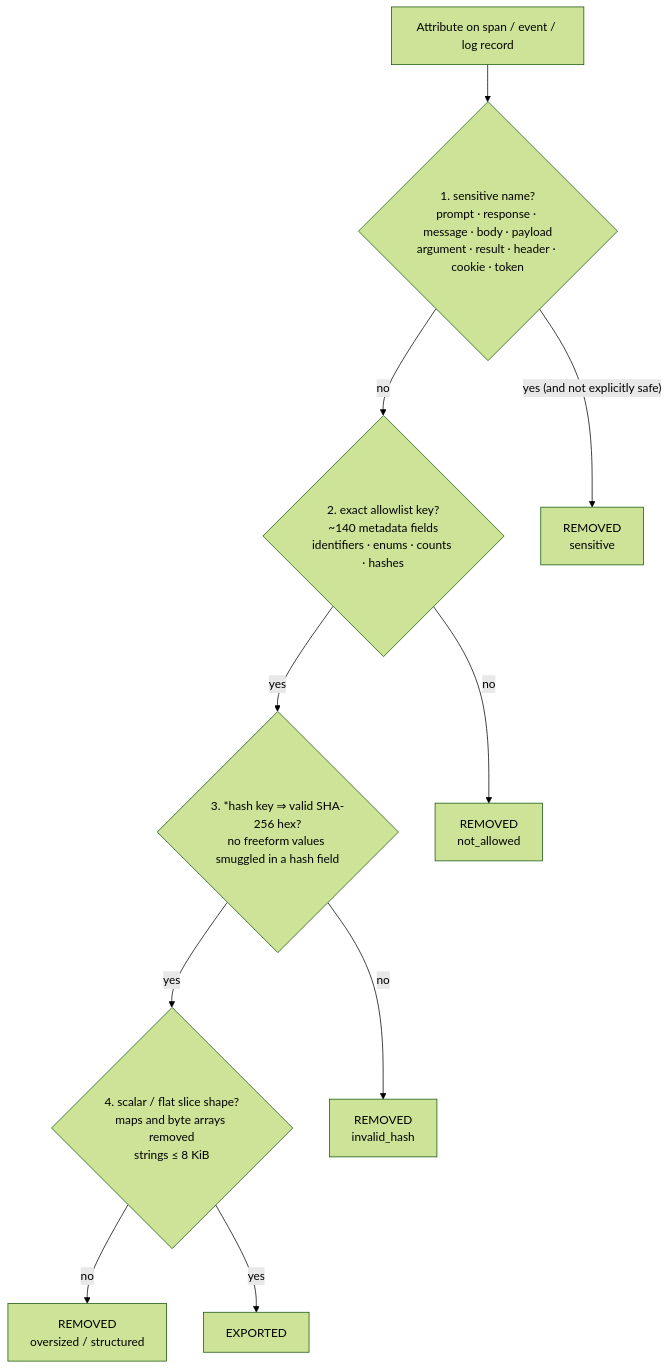
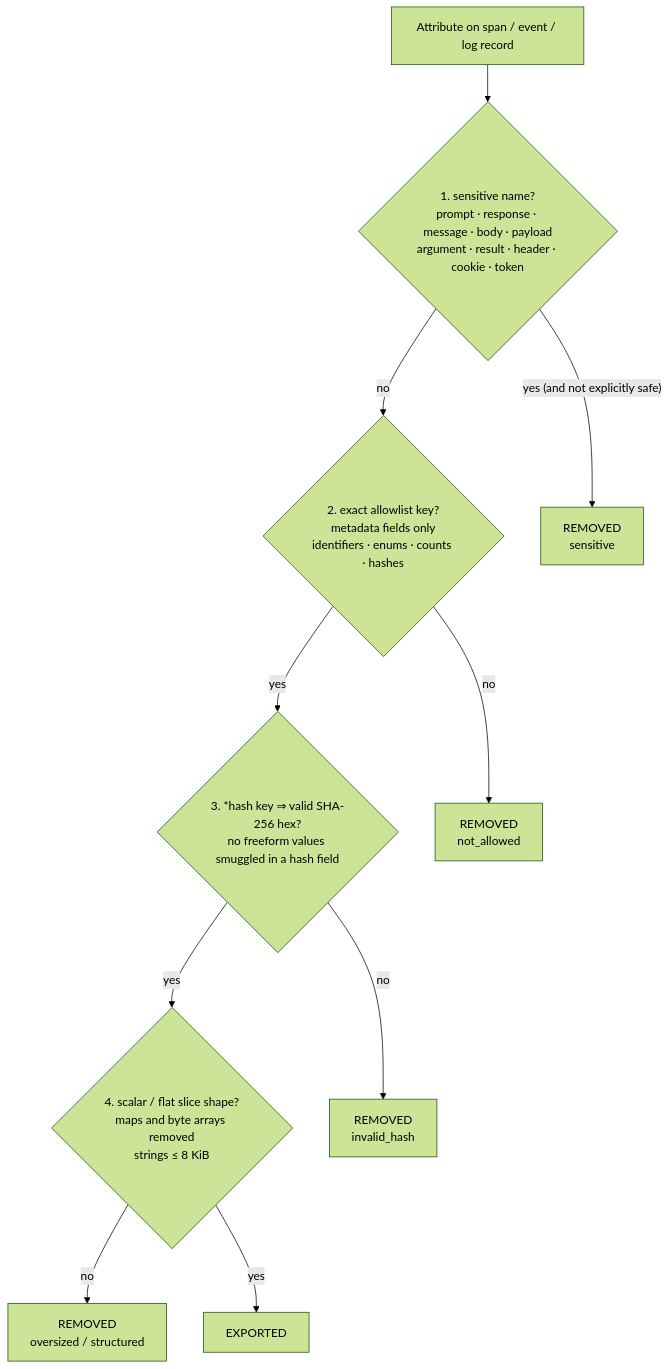
Before and after one commit to singleaxis/singleaxis-fabric: the third of 7 diagrams in docs/architecture.md, drawn with Mermaid (forest theme). The commit also changed other lines of this file and 26 other files, not shown here.

````diff
--- a/docs/architecture.md
+++ b/docs/architecture.md
@@ -129,18 +129,18 @@
 ```mermaid
 flowchart TD
     IN["Attribute on span / event / log record"]
     G1{"1. sensitive name?<br/>prompt · response · message · body · payload<br/>argument · result · header · cookie · token"}
-    G2{"2. exact allowlist key?<br/>~140 metadata fields<br/>identifiers · enums · counts · hashes"}
+    G2{"2. exact allowlist key?<br/>metadata fields only<br/>identifiers · enums · counts · hashes"}
     G3{"3. *hash key ⇒ valid SHA-256 hex?<br/>no freeform values smuggled in a hash field"}
     G4{"4. scalar / flat slice shape?<br/>maps and byte arrays removed<br/>strings ≤ 8 KiB"}
 
     IN --> G1
     G1 -- "yes (and not explicitly safe)" --> DROP1["REMOVED<br/>sensitive"]
     G1 -- "no" --> G2
     G2 -- "no" --> DROP2["REMOVED<br/>not_allowed"]
     G2 -- "yes" --> G3
     G3 -- "no" --> DROP3["REMOVED<br/>invalid_hash"]
     G3 -- "yes" --> G4
     G4 -- "no" --> DROP4["REMOVED<br/>oversized / structured"]
     G4 -- "yes" --> KEEP["EXPORTED"]
 ```
````
